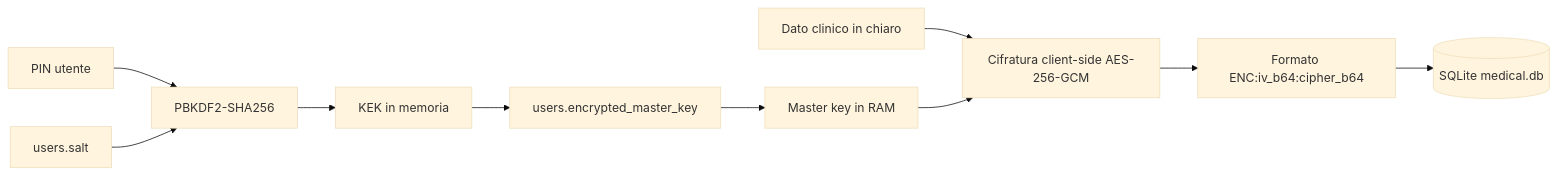
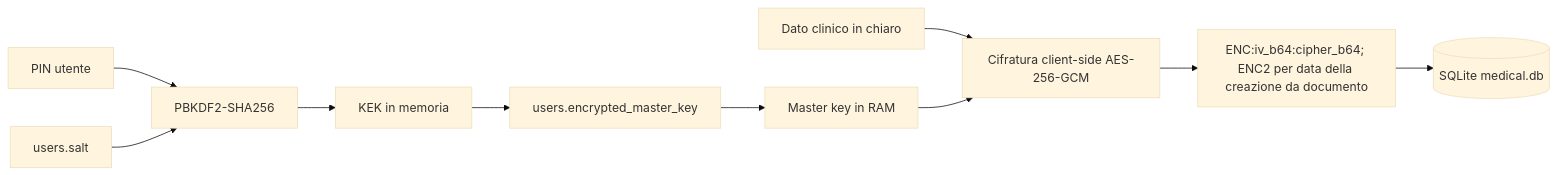
Before and after one commit to Wulfgardr/mediflow: the second of 12 diagrams in docs/topologia-dati-flussi.md, drawn with Mermaid (base theme). The commit also changed other lines of this file and 33 other files, not shown here.

````diff
--- a/docs/topologia-dati-flussi.md
+++ b/docs/topologia-dati-flussi.md
@@ -127,12 +127,12 @@
 ```mermaid
 flowchart LR
   Plain["Dato clinico in chiaro"] --> Encrypt["Cifratura client-side AES-256-GCM"]
-  Encrypt --> EncFmt["Formato ENC:iv_b64:cipher_b64"]
+  Encrypt --> EncFmt["ENC:iv_b64:cipher_b64; ENC2 per data della creazione da documento"]
   EncFmt --> DB[("SQLite medical.db")]
   PIN["PIN utente"] --> KDF["PBKDF2-SHA256"]
   Salt["users.salt"] --> KDF
   KDF --> KEK["KEK in memoria"]
   KEK --> EMK["users.encrypted_master_key"]
   EMK --> MK["Master key in RAM"]
   MK --> Encrypt
 ```
````
